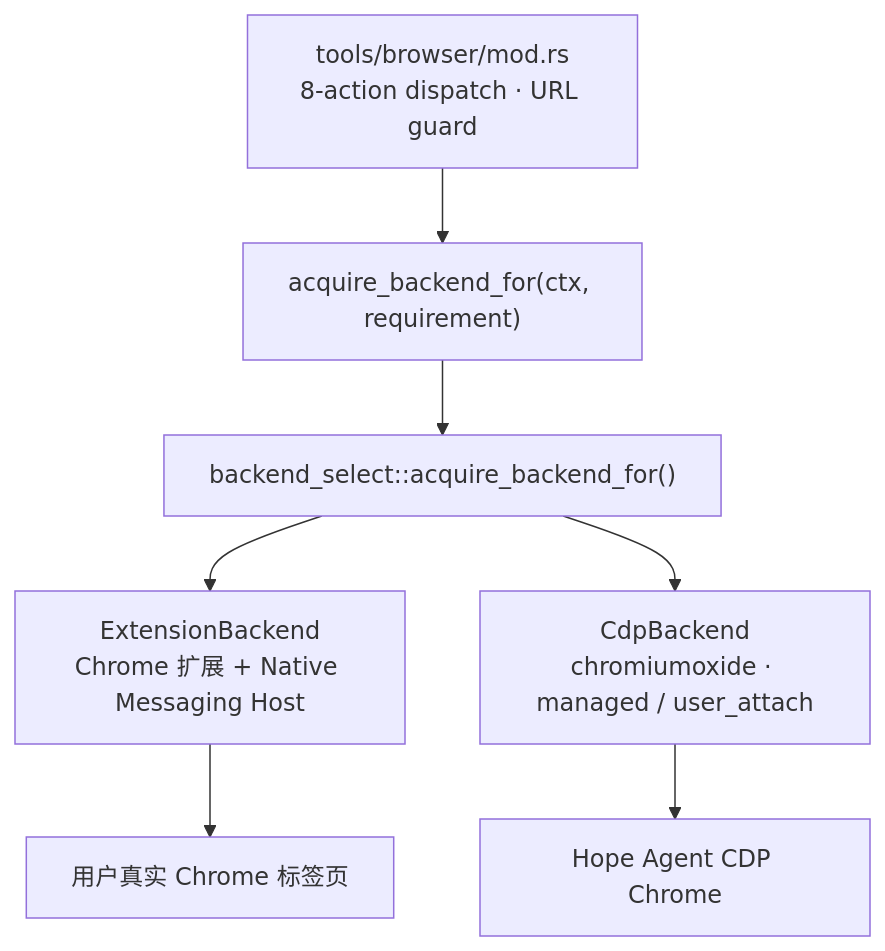
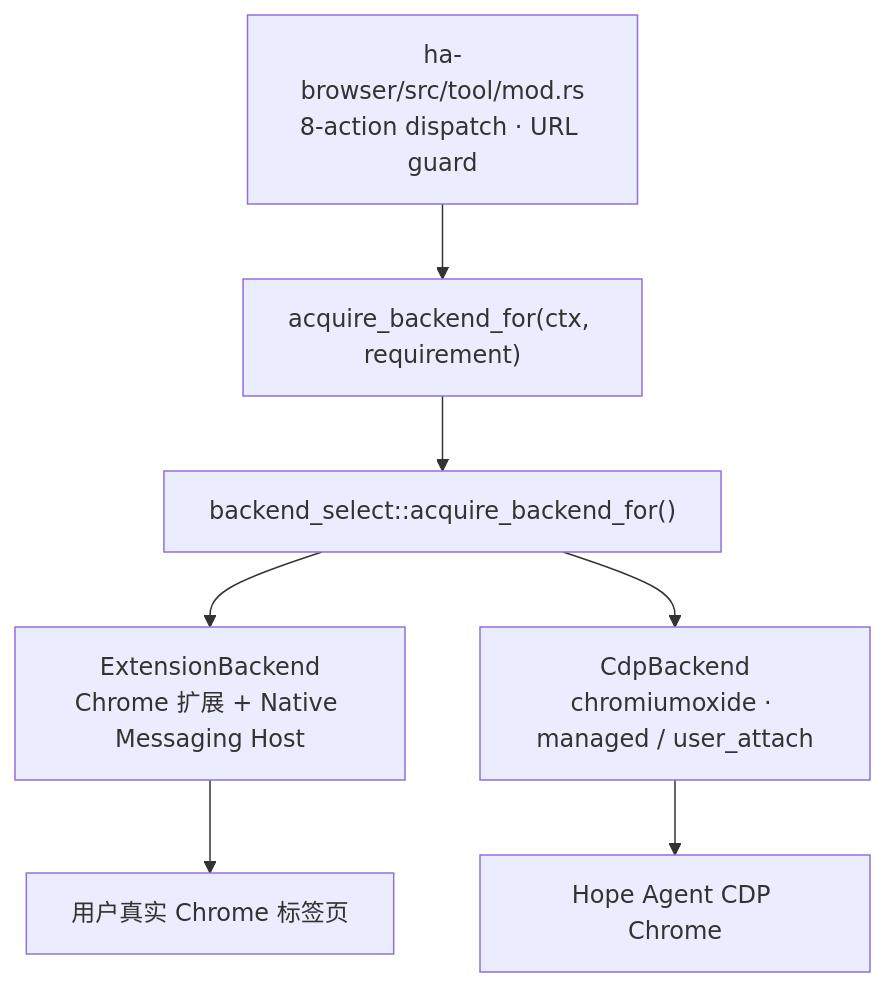
Before and after one commit to shiwenwen/hope-agent: the first of 2 diagrams in docs/architecture/browser.md, drawn with Mermaid. The commit also changed other lines of this file and 88 other files, not shown here.

````diff
--- a/docs/architecture/browser.md
+++ b/docs/architecture/browser.md
@@ -24,14 +24,14 @@
 ```mermaid
 flowchart TB
-    MOD["tools/browser/mod.rs<br/>8-action dispatch · URL guard"]
+    MOD["ha-browser/src/tool/mod.rs<br/>8-action dispatch · URL guard"]
     ACQ["acquire_backend_for(ctx, requirement)"]
     SEL["backend_select::acquire_backend_for()"]
     EXT["ExtensionBackend<br/>Chrome 扩展 + Native Messaging Host"]
     CDP["CdpBackend<br/>chromiumoxide · managed / user_attach"]
     REAL["用户真实 Chrome 标签页"]
     HOPE["Hope Agent CDP Chrome"]
 
     MOD --> ACQ --> SEL
     SEL --> EXT --> REAL
     SEL --> CDP --> HOPE
 ```
````
